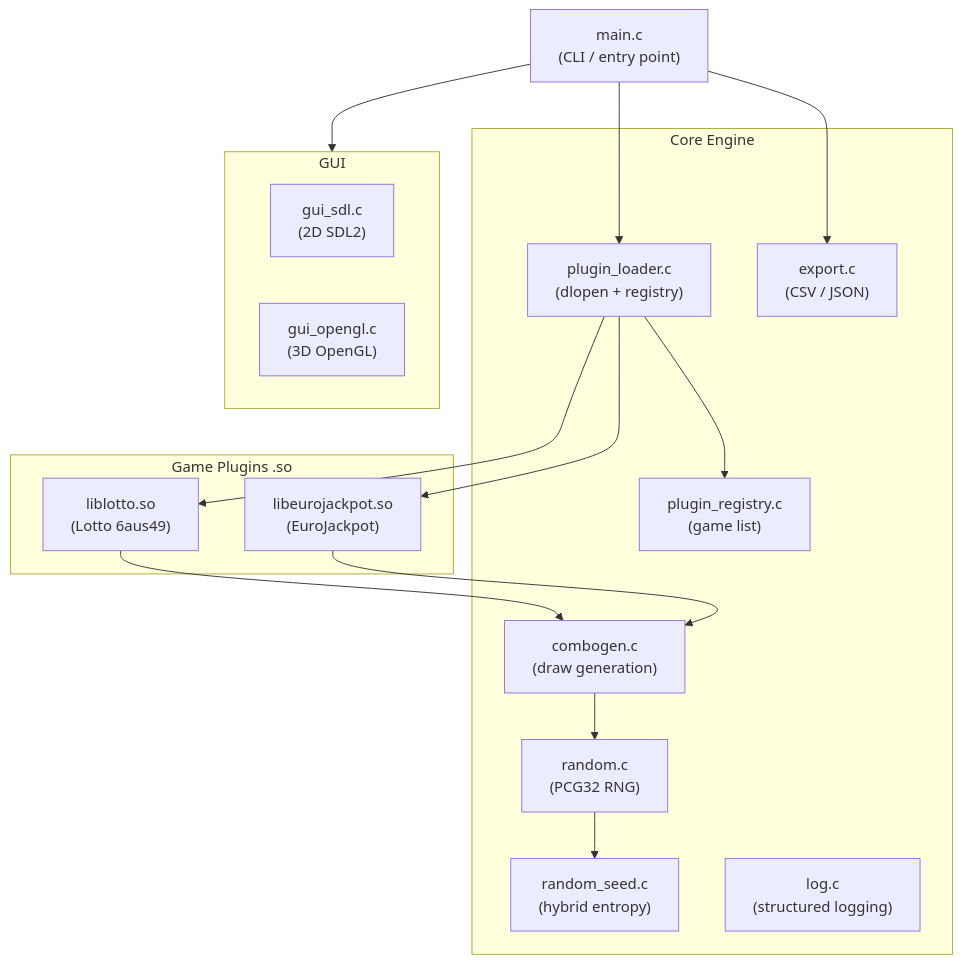
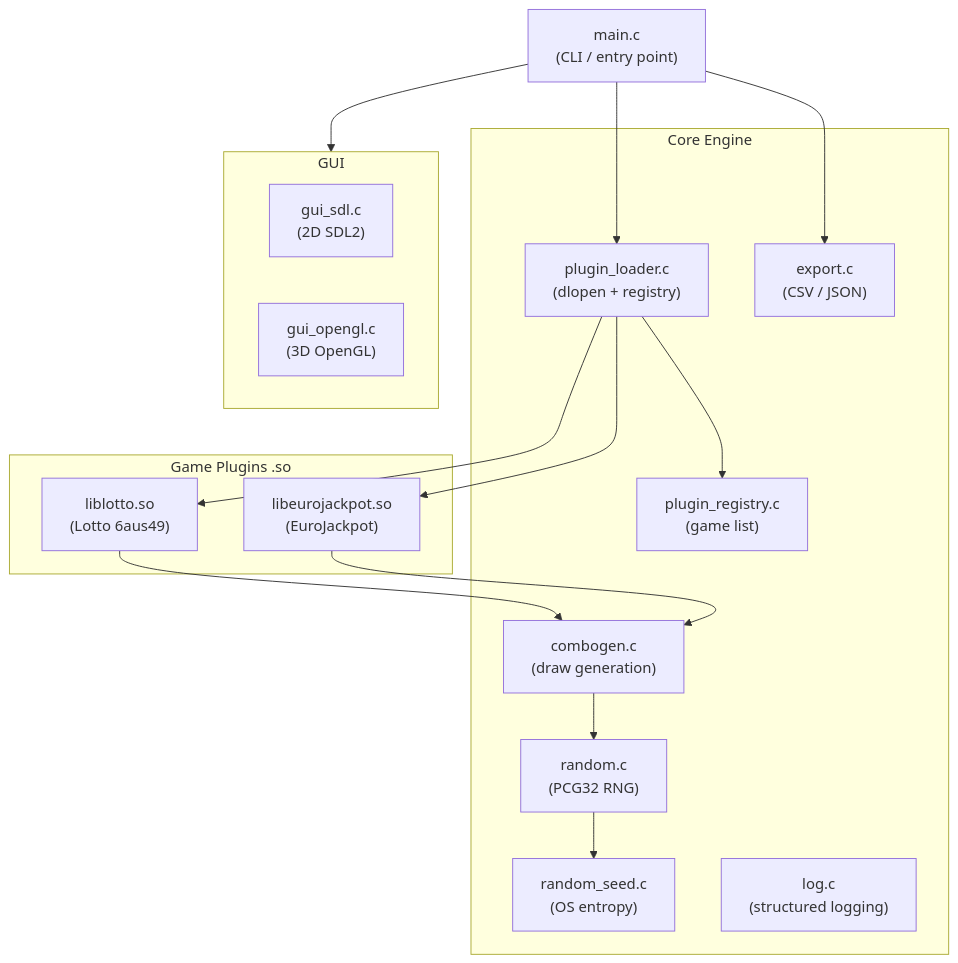
The diagram in README.md (Boussetta/open-lotto), drawn with Mermaid before and after one commit. The commit also changed other lines of this file and 2 other files, not shown here.

First line of the commit message:
fix(seed): use the OS CSPRNG on every platform and correct docs

````diff
--- a/README.md
+++ b/README.md
@@ -342,35 +342,35 @@
 ```mermaid
 graph TD
     CLI["main.c\n(CLI / entry point)"]
 
     subgraph Core Engine
         PL["plugin_loader.c\n(dlopen + registry)"]
         PR["plugin_registry.c\n(game list)"]
         CG["combogen.c\n(draw generation)"]
         RNG["random.c\n(PCG32 RNG)"]
-        SEED["random_seed.c\n(hybrid entropy)"]
+        SEED["random_seed.c\n(OS entropy)"]
         EXP["export.c\n(CSV / JSON)"]
         LOG["log.c\n(structured logging)"]
     end
 
     subgraph Plugins [Game Plugins .so]
         LOTTO["liblotto.so\n(Lotto 6aus49)"]
         EJ["libeurojackpot.so\n(EuroJackpot)"]
     end
 
     subgraph GUI
         SDL["gui_sdl.c\n(2D SDL2)"]
         OGL["gui_opengl.c\n(3D OpenGL)"]
     end
 
     CLI --> PL
     CLI --> GUI
     PL --> PR
     PL --> LOTTO
     PL --> EJ
     LOTTO --> CG
     EJ --> CG
     CG --> RNG
     RNG --> SEED
     CLI --> EXP
 ```
````
